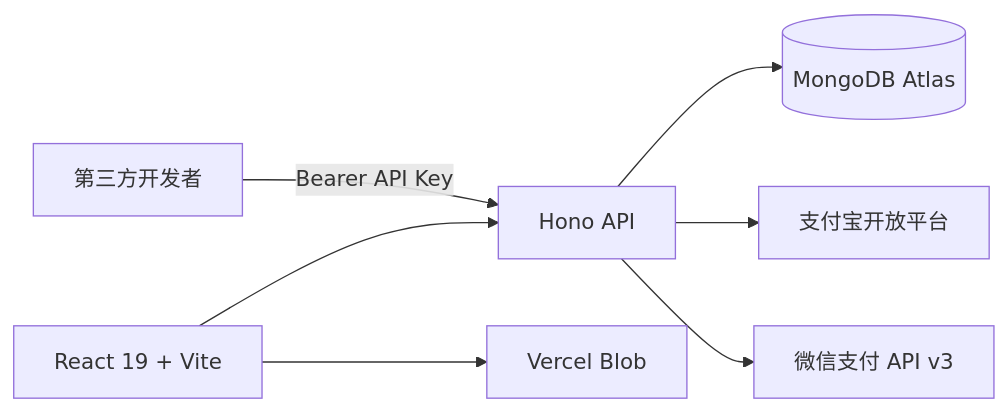
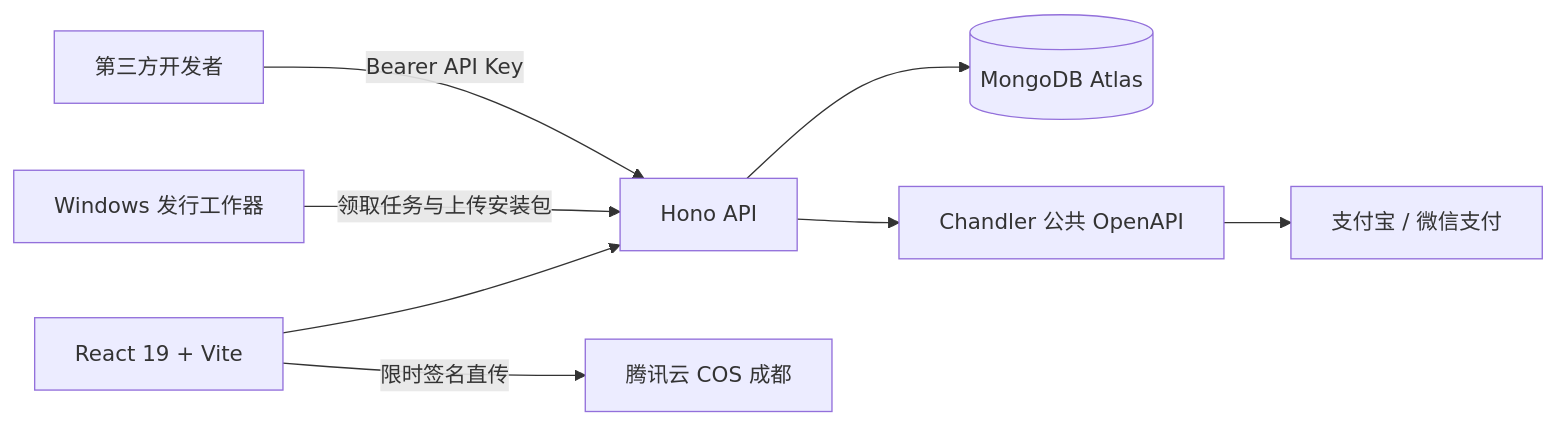
One commit to xiewenlin/GulongAgent changed the diagram in README.md. Above: the diagram before and after it, drawn with Mermaid. The commit also changed other lines of this file and 19 other files, not shown here.

Commit message:
feat: integrate Chandler COS and release channels

````diff
--- a/README.md
+++ b/README.md
@@ -22,9 +26,10 @@
 ```mermaid
 flowchart LR
   A[React 19 + Vite] --> B[Hono API]
   B --> C[(MongoDB Atlas)]
-  A --> D[Vercel Blob]
-  B --> E[支付宝开放平台]
-  B --> F[微信支付 API v3]
+  A -->|限时签名直传| D[腾讯云 COS 成都]
+  B --> E[Chandler 公共 OpenAPI]
+  E --> F[支付宝 / 微信支付]
+  H[Windows 发行工作器] -->|领取任务与上传安装包| B
   G[第三方开发者] -->|Bearer API Key| B
 ```
````
